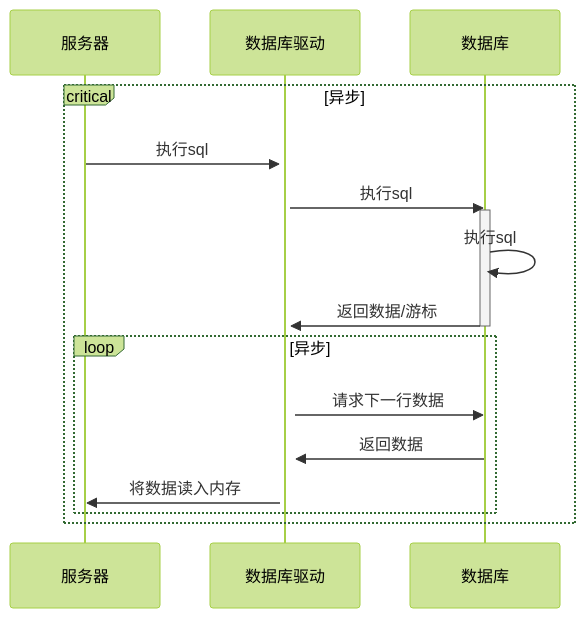
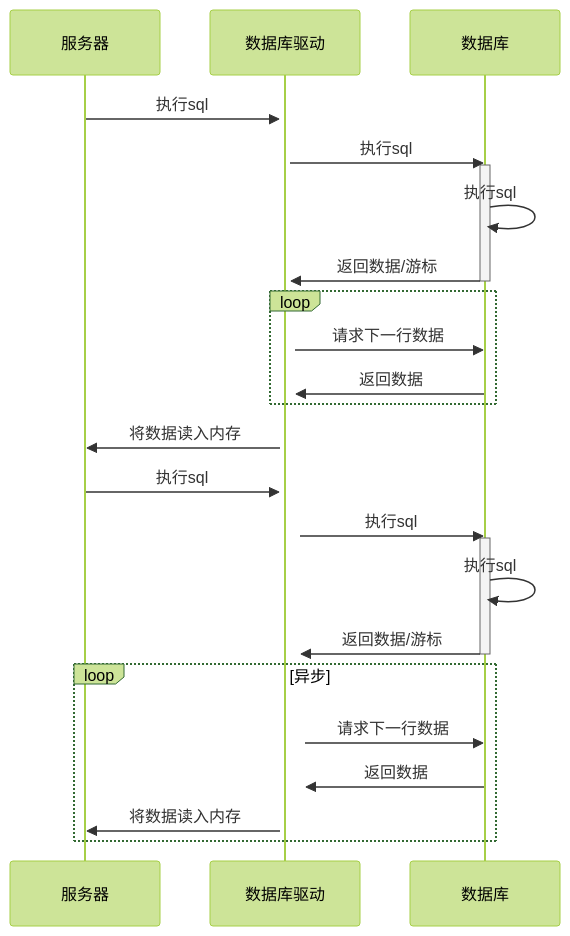
The diagram in all/AI-服务查询数据.md (HY-10-8/iodraw-files), drawn with Mermaid (forest theme) before and after one commit.

Commit message:
2025-11-27 18:00:14 update

````diff
--- a/all/AI-服务查询数据.md
+++ b/all/AI-服务查询数据.md
@@ -1,22 +1,34 @@
 ```mermaid
 sequenceDiagram
     
-
-
-    critical 异步
         服务器->>+数据库驱动: 执行sql
         数据库驱动->>数据库:执行sql
 
         activate 数据库
         数据库->>数据库: 执行sql
         数据库->>+数据库驱动: 返回数据/游标
         deactivate 数据库
 
-        loop 异步
+        loop 
             数据库驱动->>数据库: 请求下一行数据
             数据库->>数据库驱动: 返回数据
-            数据库驱动->>服务器: 将数据读入内存
         end
+        数据库驱动->>服务器: 将数据读入内存
+
+
+
+    服务器->>+数据库驱动: 执行sql
+    数据库驱动->>数据库:执行sql
+
+    activate 数据库
+    数据库->>数据库: 执行sql
+    数据库->>+数据库驱动: 返回数据/游标
+    deactivate 数据库
+
+    loop 异步
+        数据库驱动->>数据库: 请求下一行数据
+        数据库->>数据库驱动: 返回数据
+        数据库驱动->>服务器: 将数据读入内存
     end
 
 ```
````
